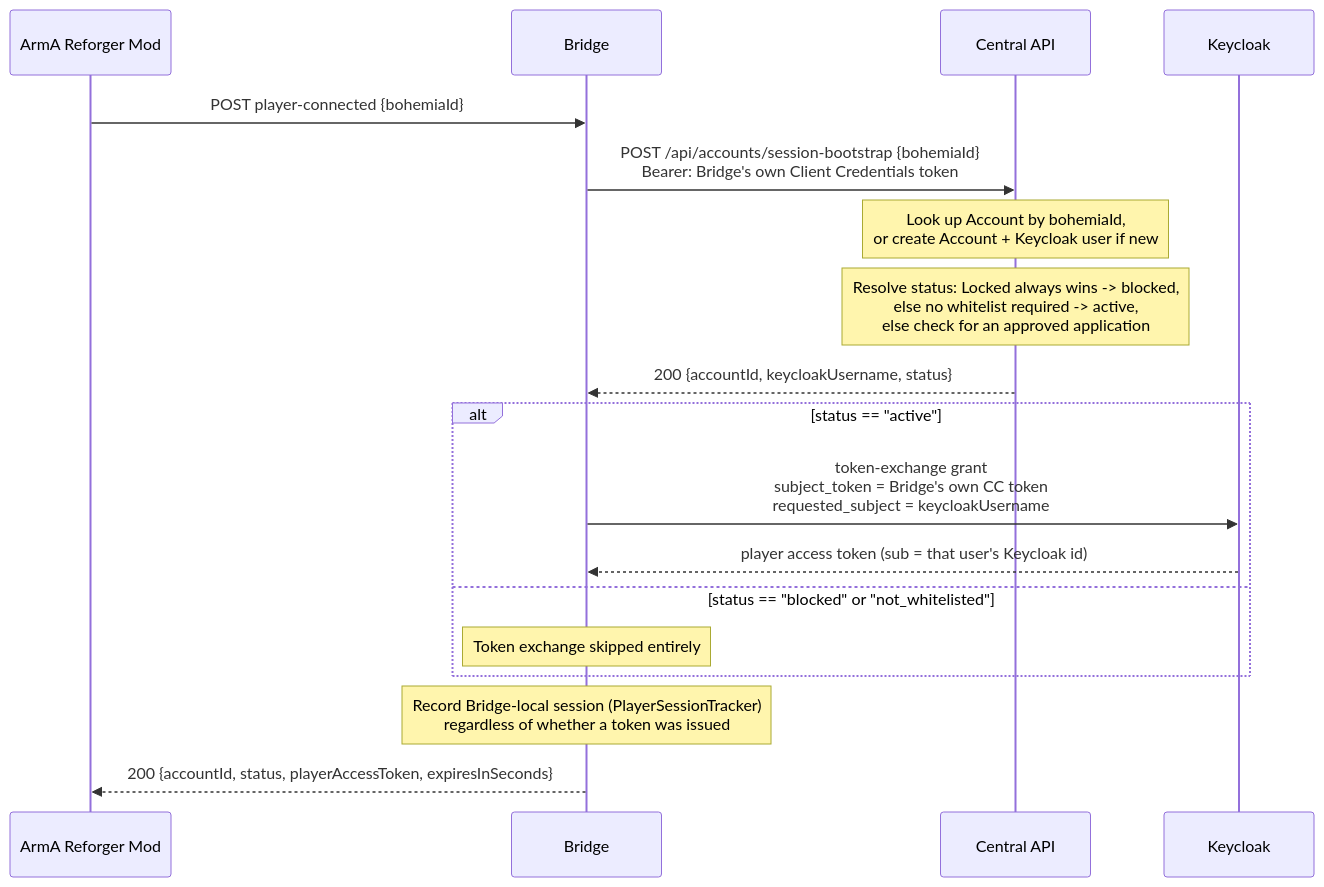
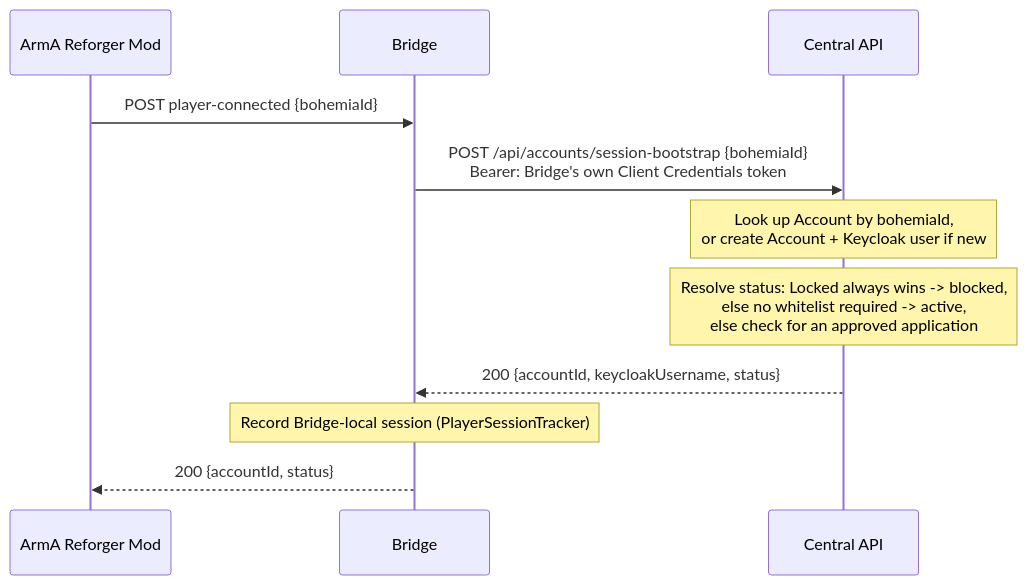
The diagram in docs/workflows/login.md (ELifeRPG/reforger-bridge), drawn with Mermaid before and after one commit. The commit also changed other lines of this file and 8 other files, not shown here.

First line of the commit message:
feat!: remove player token issuance from player-connected

````diff
--- a/docs/workflows/login.md
+++ b/docs/workflows/login.md
@@ -13,21 +13,14 @@
 ```mermaid
 sequenceDiagram
     participant Mod as ArmA Reforger Mod
     participant Bridge
     participant Core as Central API
-    participant KC as Keycloak
 
     Mod->>Bridge: POST player-connected {bohemiaId}
     Bridge->>Core: POST /api/accounts/session-bootstrap {bohemiaId}<br/>Bearer: Bridge's own Client Credentials token
     Note over Core: Look up Account by bohemiaId,<br/>or create Account + Keycloak user if new
     Note over Core: Resolve status: Locked always wins -> blocked,<br/>else no whitelist required -> active,<br/>else check for an approved application
     Core-->>Bridge: 200 {accountId, keycloakUsername, status}
-    alt status == "active"
-        Bridge->>KC: token-exchange grant<br/>subject_token = Bridge's own CC token<br/>requested_subject = keycloakUsername
-        KC-->>Bridge: player access token (sub = that user's Keycloak id)
-    else status == "blocked" or "not_whitelisted"
-        Note over Bridge: Token exchange skipped entirely
-    end
-    Note over Bridge: Record Bridge-local session (PlayerSessionTracker)<br/>regardless of whether a token was issued
-    Bridge-->>Mod: 200 {accountId, status, playerAccessToken, expiresInSeconds}
+    Note over Bridge: Record Bridge-local session (PlayerSessionTracker)
+    Bridge-->>Mod: 200 {accountId, status}
 ```
````
